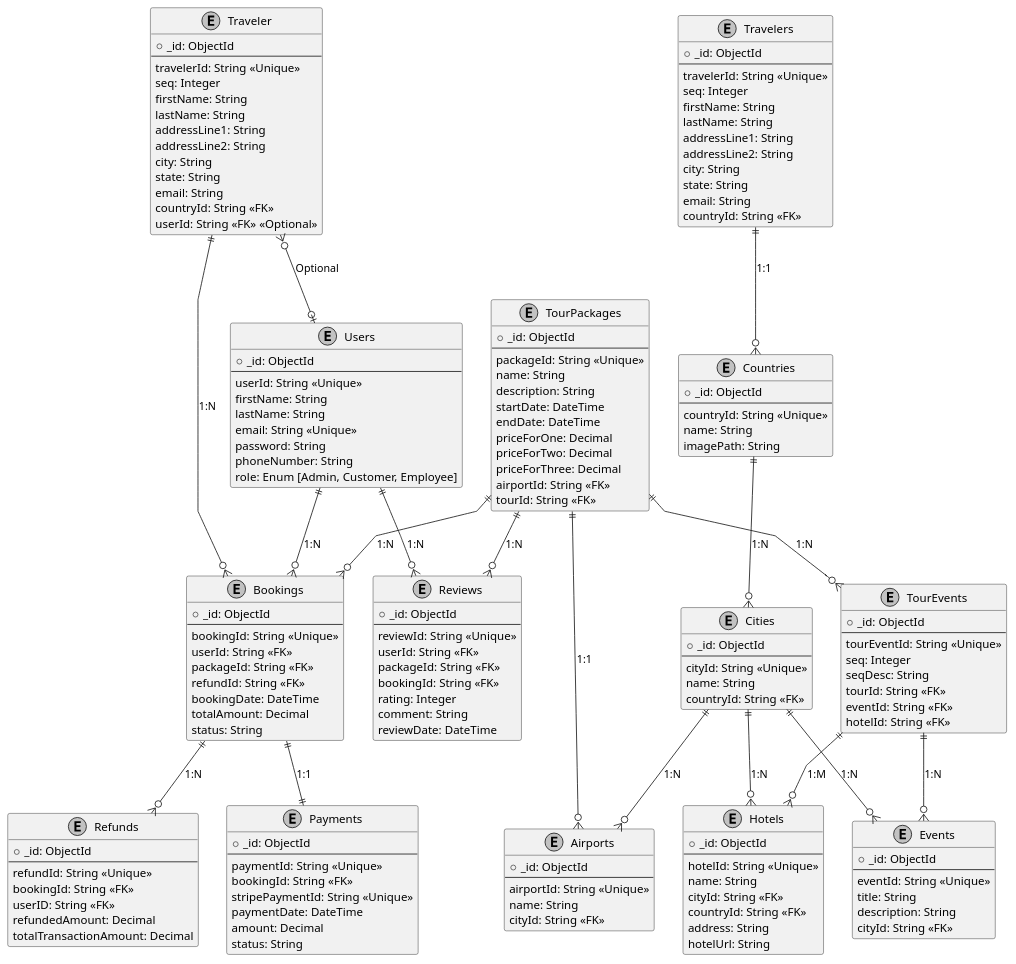
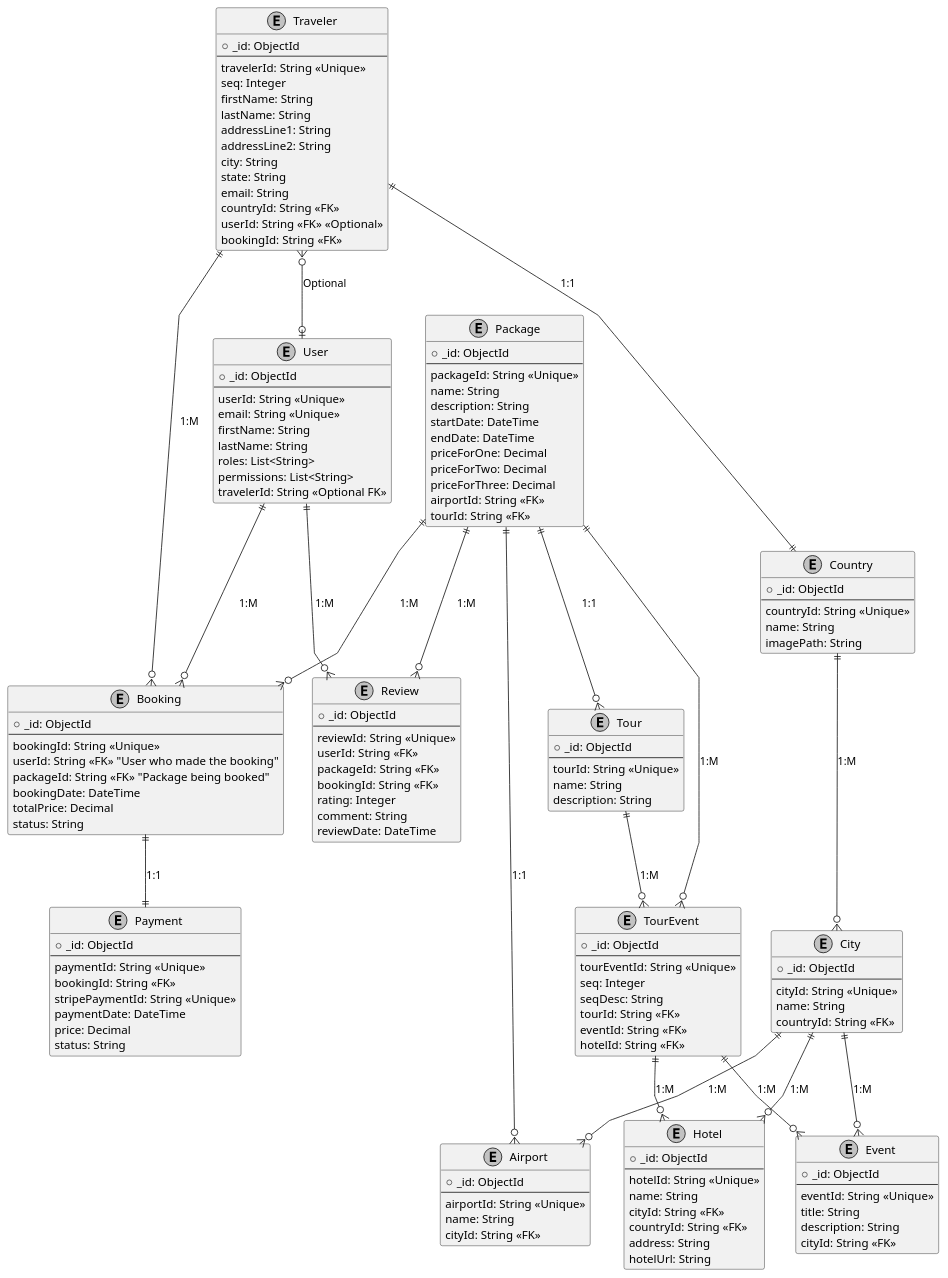
The diagram in diagrams/C4_l3/C4_l3_database.puml (Hares-2088/TravelTrove), drawn with PlantUML before and after one commit. The commit also changed 1 other file, not shown here.

Commit message:
diagrams

```diff
--- a/diagrams/C4_l3/C4_l3_database.puml
+++ b/diagrams/C4_l3/C4_l3_database.puml
@@ -1,188 +1,171 @@
 @startuml
 skinparam linetype polyline
 skinparam monochrome true
 skinparam entity {
     BackgroundColor #DDEEFF
     BorderColor #3366CC
     FontColor Black
 }
 
 ' Entities
-entity "Users" as Users {
+entity "User" as User {
     + _id: ObjectId
     --
-    userId: String <<Unique>>
-    firstName: String
-    lastName: String
-    email: String <<Unique>>
-    password: String
-    phoneNumber: String
-    role: Enum [Admin, Customer, Employee]
-}
-
-entity "Travelers" as Travelers {
-    + _id: ObjectId
-    --
-    travelerId: String <<Unique>>
-    seq: Integer
-    firstName: String
-    lastName: String
-    addressLine1: String
-    addressLine2: String
-    city: String
-    state: String
-    email: String
-    countryId: String <<FK>>
-}
-
-entity "TourPackages" as TourPackages {
-    + _id: ObjectId
-    --
-    packageId: String <<Unique>>
-    name: String
-    description: String
-    startDate: DateTime
-    endDate: DateTime
-    priceForOne: Decimal
-    priceForTwo: Decimal
-    priceForThree: Decimal
-    airportId: String <<FK>>
-    tourId: String <<FK>>
-}
-
-entity "Bookings" as Bookings {
-    + _id: ObjectId
-    --
-    bookingId: String <<Unique>>
-    userId: String <<FK>>
-    packageId: String <<FK>>
-    refundId: String <<FK>>
-    bookingDate: DateTime
-    totalAmount: Decimal
-    status: String
+      userId: String <<Unique>>
+      email: String <<Unique>>
+      firstName: String
+      lastName: String
+      roles: List<String>
+      permissions: List<String>
+      travelerId: String <<Optional FK>>
 }
 
 entity "Traveler" as Traveler {
     + _id: ObjectId
     --
     travelerId: String <<Unique>>
     seq: Integer
     firstName: String
     lastName: String
     addressLine1: String
     addressLine2: String
     city: String
     state: String
     email: String
     countryId: String <<FK>>
     userId: String <<FK>> <<Optional>>
+    bookingId: String <<FK>>
 }
 
-entity "Refunds" as Refunds {
+entity "Tour" as Tour {
     + _id: ObjectId
     --
-    refundId: String <<Unique>>
-    bookingId: String <<FK>>
-    userID: String <<FK>>
-    refundedAmount: Decimal
-    totalTransactionAmount: Decimal
+    tourId: String <<Unique>>
+    name: String
+    description: String
 }
 
-entity "Payments" as Payments {
+entity "Package" as Package {
+    + _id: ObjectId
+    --
+    packageId: String <<Unique>>
+    name: String
+    description: String
+    startDate: DateTime
+    endDate: DateTime
+    priceForOne: Decimal
+    priceForTwo: Decimal
+    priceForThree: Decimal
+    airportId: String <<FK>>
+    tourId: String <<FK>>
+}
+
+entity "Booking" as Booking {
+    + _id: ObjectId
+    --
+    bookingId: String <<Unique>>
+    userId: String <<FK>> "User who made the booking"
+    packageId: String <<FK>> "Package being booked"
+    bookingDate: DateTime
+    totalPrice: Decimal
+    status: String
+}
+
+entity "Payment" as Payment {
     + _id: ObjectId
     --
     paymentId: String <<Unique>>
     bookingId: String <<FK>>
     stripePaymentId: String <<Unique>>
     paymentDate: DateTime
-    amount: Decimal
+    price: Decimal
     status: String
 }
 
-entity "Reviews" as Reviews {
+entity "Review" as Review {
     + _id: ObjectId
     --
     reviewId: String <<Unique>>
     userId: String <<FK>>
     packageId: String <<FK>>
     bookingId: String <<FK>>
     rating: Integer
     comment: String
     reviewDate: DateTime
 }
 
-entity "Hotels" as Hotels {
+entity "Hotel" as Hotel {
     + _id: ObjectId
     --
     hotelId: String <<Unique>>
     name: String
     cityId: String <<FK>>
     countryId: String <<FK>>
     address: String
     hotelUrl: String
 }
 
-entity "Airports" as Airports {
+entity "Airport" as Airport {
     + _id: ObjectId
     --
     airportId: String <<Unique>>
     name: String
     cityId: String <<FK>>
 }
 
-entity "Cities" as Cities {
+entity "City" as City {
     + _id: ObjectId
     --
     cityId: String <<Unique>>
     name: String
     countryId: String <<FK>>
 }
 
-entity "Countries" as Countries {
+entity "Country" as Country {
     + _id: ObjectId
     --
     countryId: String <<Unique>>
     name: String
     imagePath: String
 }
 
-entity "Events" as Events {
+entity "Event" as Event {
     + _id: ObjectId
     --
     eventId: String <<Unique>>
     title: String
     description: String
     cityId: String <<FK>>
 }
 
-entity "TourEvents" as TourEvents {
+entity "TourEvent" as TourEvent {
     + _id: ObjectId
     --
     tourEventId: String <<Unique>>
     seq: Integer
     seqDesc: String
     tourId: String <<FK>>
     eventId: String <<FK>>
     hotelId: String <<FK>>
 }
 
 ' Relationships
-Users ||--o{ Bookings : "1:N"
-Users ||--o{ Reviews : "1:N"
-TourPackages ||--o{ Bookings : "1:N"
-TourPackages ||--o{ Reviews : "1:N"
-Bookings ||--|| Payments : "1:1"
-Cities ||--o{ Hotels : "1:N"
-Cities ||--o{ Airports : "1:N"
-Countries ||--o{ Cities : "1:N"
-Cities ||--o{ Events : "1:N"
-TourPackages ||--o{ Airports : "1:1"
-TourPackages ||--o{ TourEvents : "1:N"
-TourEvents ||--o{ Events : "1:N"
-TourEvents ||--o{ Hotels : "1:M"
-"Bookings" ||--o{ "Refunds" : "1:N"
-Travelers ||--o{ Countries : "1:1"
-Traveler }o--o| Users : "Optional"
-Traveler ||--o{ Bookings : "1:N"
-
+User ||--o{ Booking : "1:M"
+User ||--o{ Review : "1:M"
+Package ||--o{ Booking : "1:M"
+Package ||--o{ Review : "1:M"
+Package ||--o{ Tour : "1:1"
+Booking ||--|| Payment : "1:1"
+City ||--o{ Hotel : "1:M"
+City ||--o{ Airport : "1:M"
+Country ||--o{ City : "1:M"
+City ||--o{ Event : "1:M"
+Package ||--o{ Airport : "1:1"
+Package ||--o{ TourEvent : "1:M"
+TourEvent ||--o{ Event : "1:M"
+TourEvent ||--o{ Hotel : "1:M"
+Traveler ||--|| Country : "1:1"
+Traveler ||--o{ Booking : "1:M"
+Traveler }o--o| User : "Optional"
+"Tour" ||--o{ "TourEvent" : "1:M"
 @enduml
```
